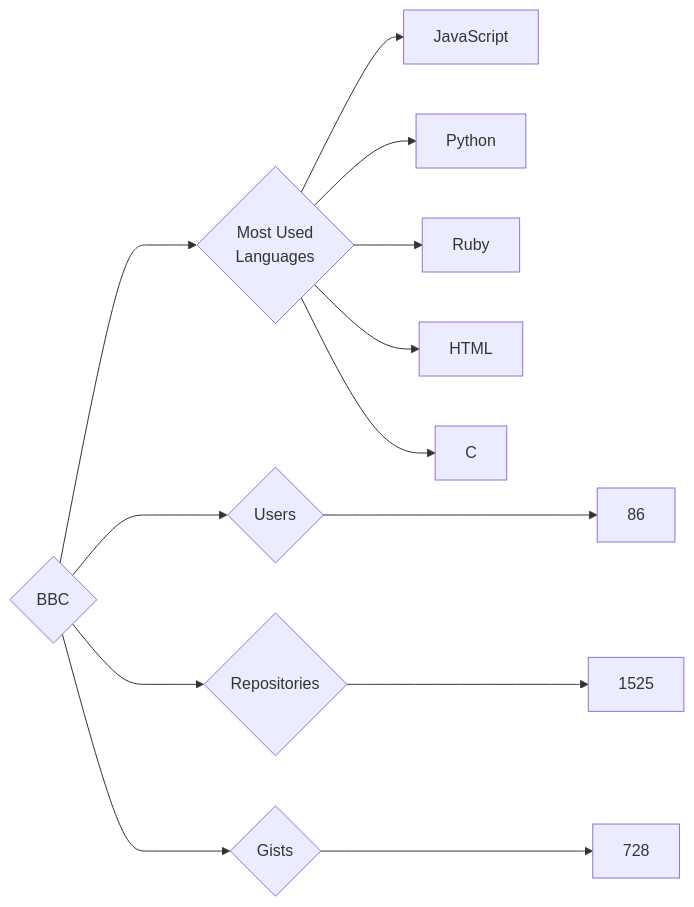
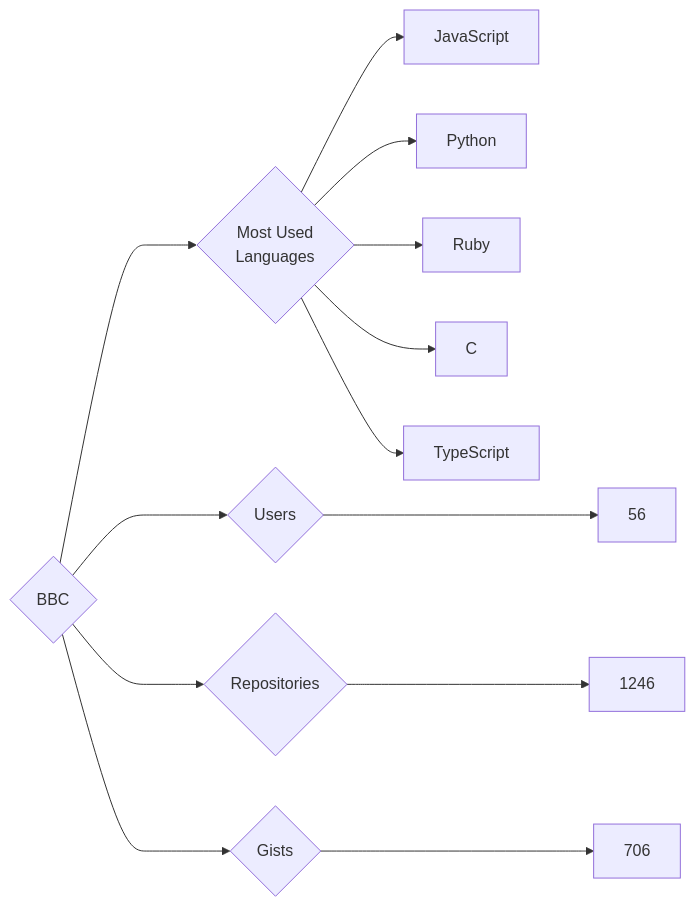
Before and after one commit to trickest/insiders: the diagram in targets/BBC/README.md, drawn with Mermaid. The commit also changed 814 other files, not shown here.

````diff
--- a/targets/BBC/README.md
+++ b/targets/BBC/README.md
@@ -3,13 +3,13 @@
 ```mermaid
 graph LR
 COMPANY_NAME{BBC}
-COMPANY_NAME ---> U{Users} ---> UN[86]
-COMPANY_NAME ---> R{Repositories} ---> RN[1525]
-COMPANY_NAME ---> G{Gists} ---> GN[728]
+COMPANY_NAME ---> U{Users} ---> UN[56]
+COMPANY_NAME ---> R{Repositories} ---> RN[1246]
+COMPANY_NAME ---> G{Gists} ---> GN[706]
 COMPANY_NAME ---> ML{Most Used<br>Languages}
 ML --> JavaScript[JavaScript]
 ML --> Python[Python]
 ML --> Ruby[Ruby]
-ML --> HTML[HTML]
 ML --> C[C]
+ML --> TypeScript[TypeScript]
 ```
````
